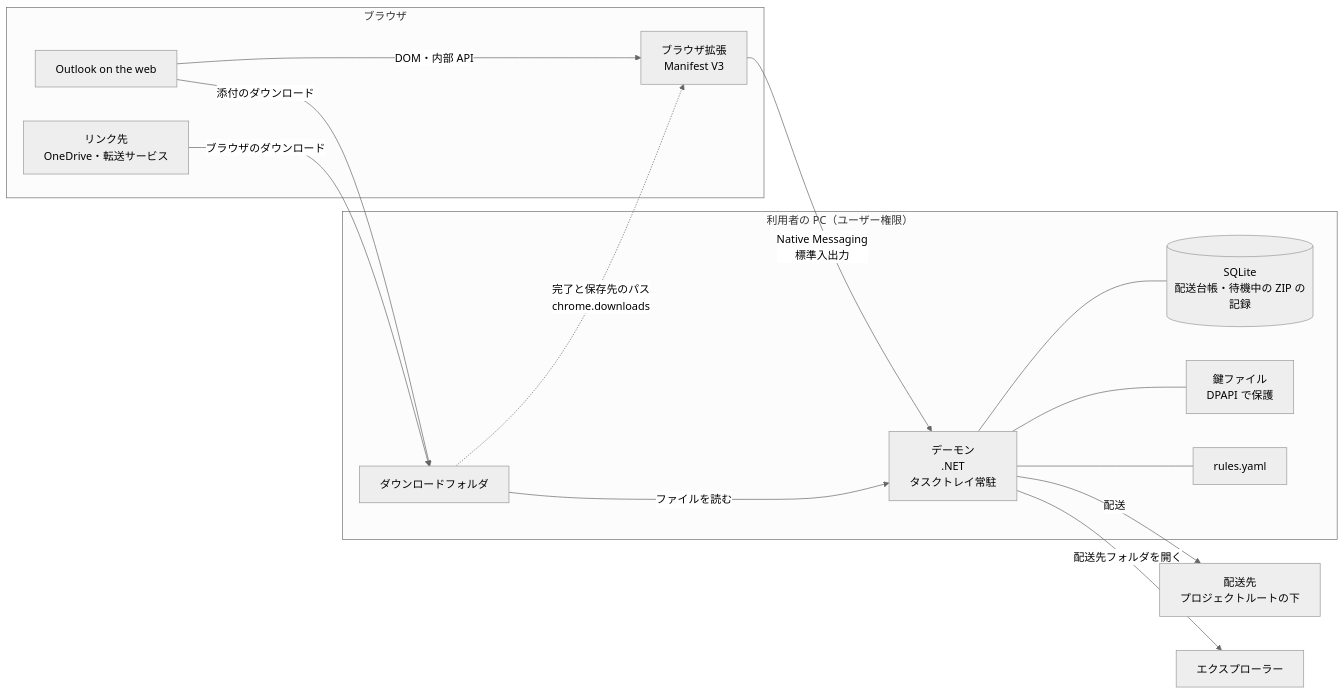
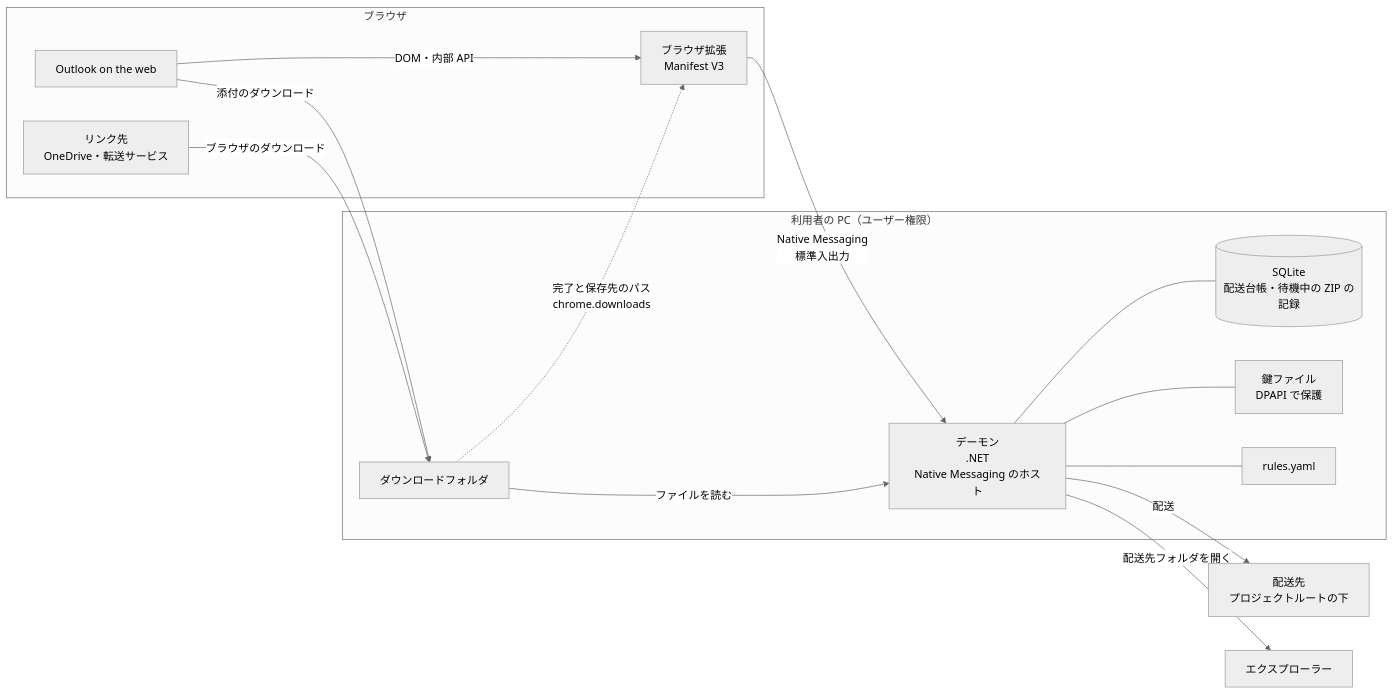
The first of 5 diagrams in docs/ARCHITECTURE.md (ShortArrow/ppapd), drawn with Mermaid (neutral theme) before and after one commit. The commit also changed 4 other files, not shown here.

First line of the commit message:
docs: デーモンは Native Messaging のホストとして起動されるプロセスにする

````diff
--- a/docs/ARCHITECTURE.md
+++ b/docs/ARCHITECTURE.md
@@ -7,31 +7,31 @@
 ```mermaid
 flowchart LR
     subgraph Browser["ブラウザ"]
         OWA["Outlook on the web"]
         US["ブラウザ拡張<br/>Manifest V3"]
         LINK["リンク先<br/>OneDrive・転送サービス"]
         OWA -- "DOM・内部 API" --> US
     end
 
     subgraph PC["利用者の PC（ユーザー権限）"]
         DL["ダウンロードフォルダ"]
-        D["デーモン<br/>.NET<br/>タスクトレイ常駐"]
+        D["デーモン<br/>.NET<br/>Native Messaging のホスト"]
         DB[("SQLite<br/>配送台帳・待機中の ZIP の記録")]
         KEY["鍵ファイル<br/>DPAPI で保護"]
         CFG["rules.yaml"]
         D --- DB
         D --- KEY
         D --- CFG
     end
 
     DEST["配送先<br/>プロジェクトルートの下"]
     EXP["エクスプローラー"]
 
     OWA -- "添付のダウンロード" --> DL
     LINK -- "ブラウザのダウンロード" --> DL
     DL -. "完了と保存先のパス<br/>chrome.downloads" .-> US
     US -- "Native Messaging<br/>標準入出力" --> D
     DL -- "ファイルを読む" --> D
     D -- "配送" --> DEST
     D -- "配送先フォルダを開く" --> EXP
 ```
````
